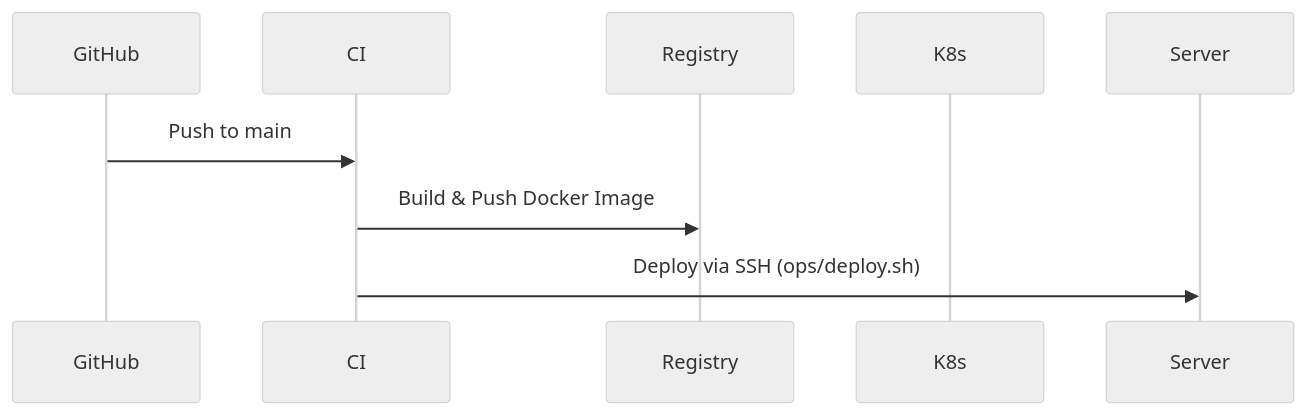
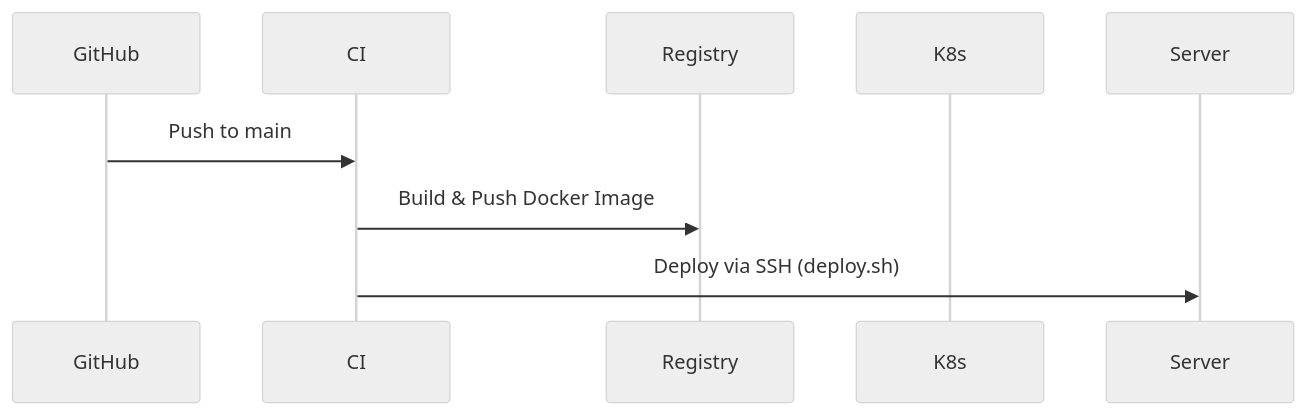
One commit to EL-STRIX/Finzo changed the diagram in docs/01-Architecture/09-Deployment/README.md. Above: the diagram before and after it, drawn with Mermaid (neutral theme). The commit also changed 31 other files, not shown here.

````diff
--- a/docs/01-Architecture/09-Deployment/README.md
+++ b/docs/01-Architecture/09-Deployment/README.md
@@ -38,10 +38,10 @@
 ```mermaid
 sequenceDiagram
     participant GitHub
     participant CI
     participant Registry
     participant K8s
     GitHub->>CI: Push to main
     CI->>Registry: Build & Push Docker Image
-    CI->>Server: Deploy via SSH (ops/deploy.sh)
+    CI->>Server: Deploy via SSH (deploy.sh)
 ```
````
